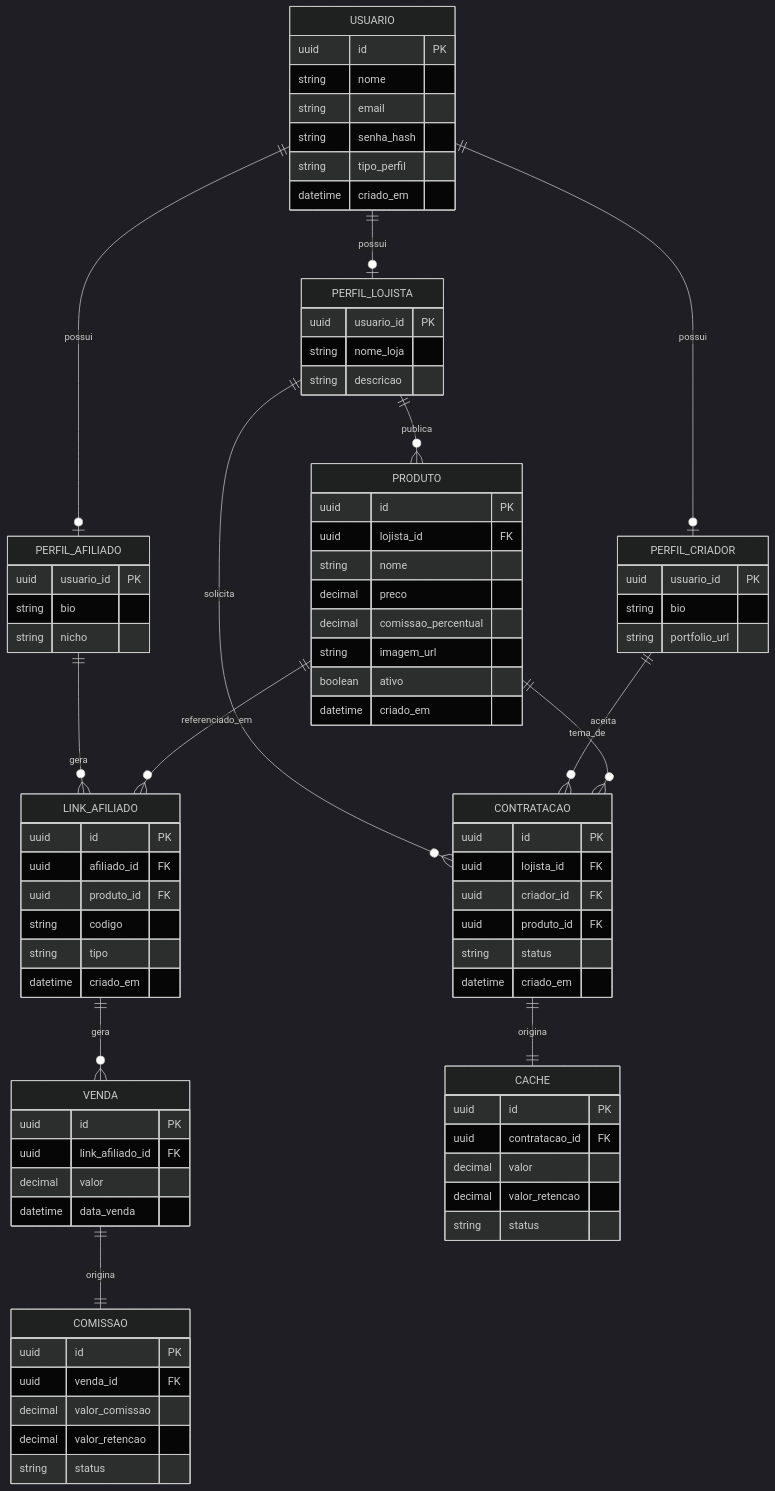
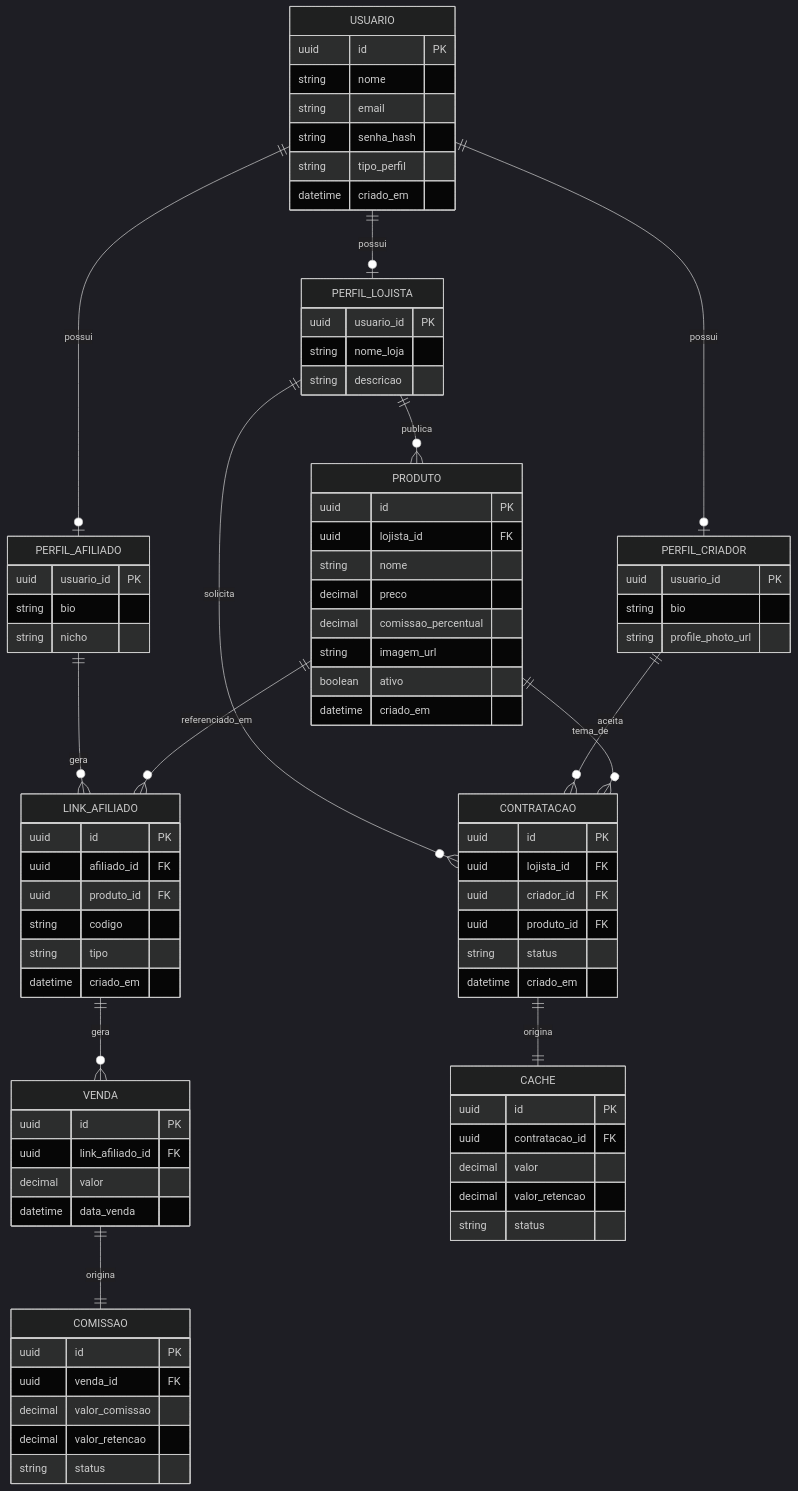
The diagram in README.md (VictorASDev/my_vitrine_backend), drawn with Mermaid (dark theme) before and after one commit. The commit also changed 22 other files, not shown here.

```diff
--- a/README.md
+++ b/README.md
@@ -84,7 +84,7 @@
     PERFIL_CRIADOR {
         uuid usuario_id PK
         string bio
-        string portfolio_url
+        string profile_photo_url
     }
     PRODUTO {
         uuid id PK
```
